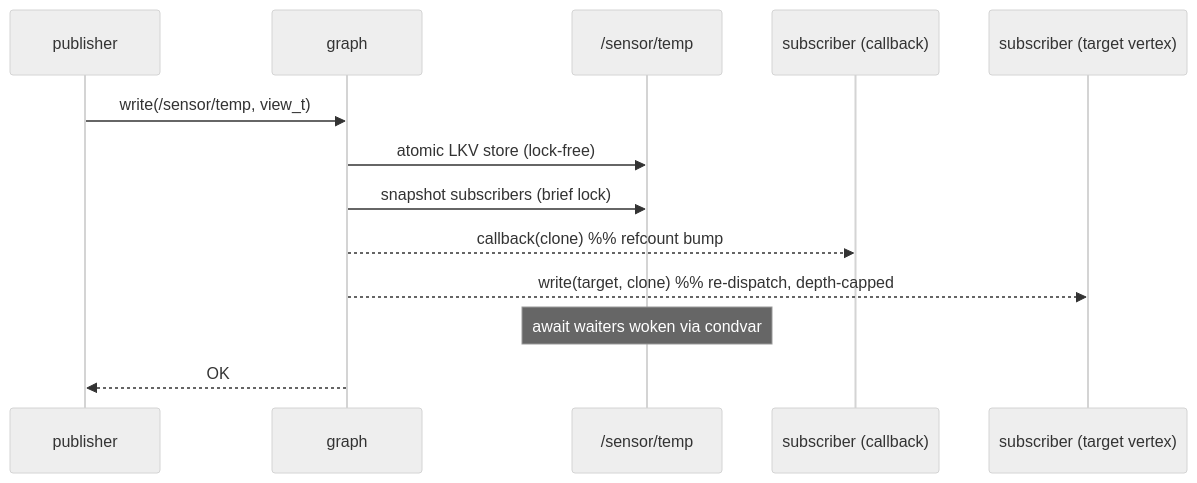
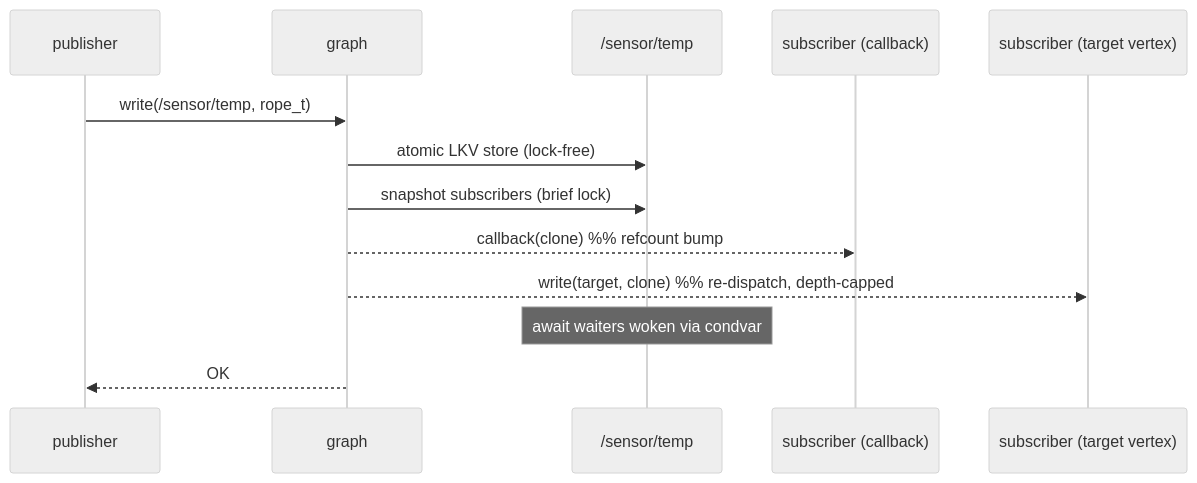
One commit to avatarsd-llc/libtracer changed the diagram in docs/modules/graph.md. Above: the diagram before and after it, drawn with Mermaid (neutral theme). The commit also changed other lines of this file and 2 other files, not shown here.

````diff
--- a/docs/modules/graph.md
+++ b/docs/modules/graph.md
@@ -72,15 +74,15 @@
 ```{mermaid}
 sequenceDiagram
     participant P as publisher
     participant G as graph
     participant V as /sensor/temp
     participant S1 as subscriber (callback)
     participant S2 as subscriber (target vertex)
-    P->>G: write(/sensor/temp, view_t)
+    P->>G: write(/sensor/temp, rope_t)
     G->>V: atomic LKV store (lock-free)
     G->>V: snapshot subscribers (brief lock)
     G-->>S1: callback(clone)  %% refcount bump
     G-->>S2: write(target, clone)  %% re-dispatch, depth-capped
     Note over V: await waiters woken via condvar
     G-->>P: OK
 ```
````
